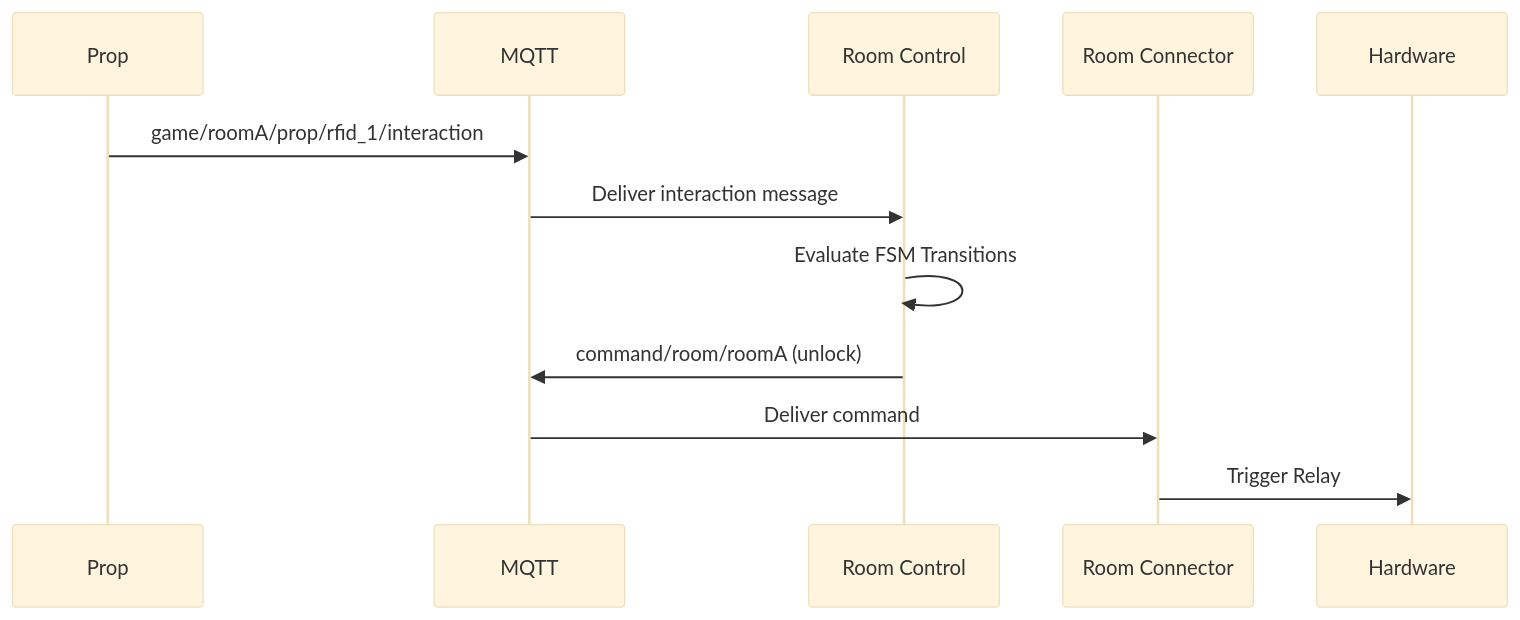
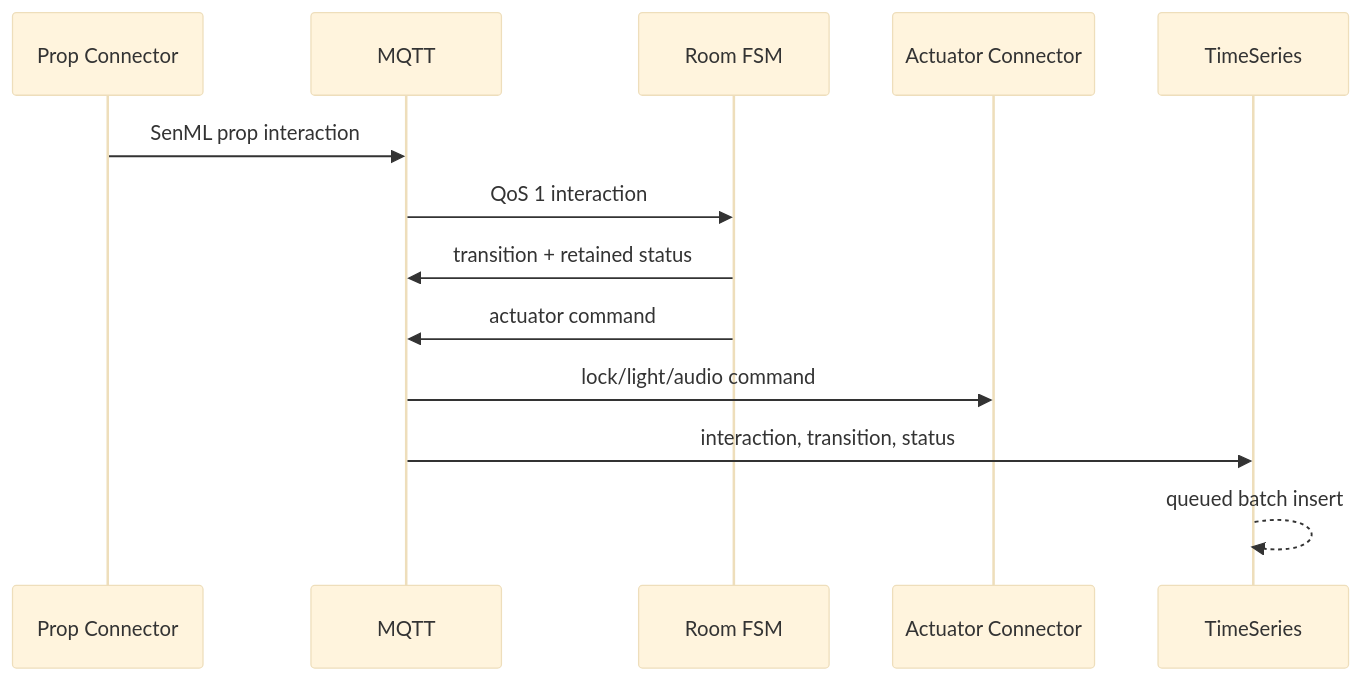
Before and after one commit to pollud/IOT_Project: the first of 3 diagrams in docs/sequence_diagrams.md, drawn with Mermaid (base theme). The commit also changed other lines of this file and 110 other files, not shown here.

````diff
--- a/docs/sequence_diagrams.md
+++ b/docs/sequence_diagrams.md
@@ -4,9 +5,15 @@
 ```mermaid
 sequenceDiagram
-    Prop->>MQTT: game/roomA/prop/rfid_1/interaction
-    MQTT->>Room Control: Deliver interaction message
-    Room Control->>Room Control: Evaluate FSM Transitions
-    Room Control->>MQTT: command/room/roomA (unlock)
-    MQTT->>Room Connector: Deliver command
-    Room Connector->>Hardware: Trigger Relay
+    participant P as Prop Connector
+    participant M as MQTT
+    participant F as Room FSM
+    participant A as Actuator Connector
+    participant T as TimeSeries
+    P->>M: SenML prop interaction
+    M->>F: QoS 1 interaction
+    F->>M: transition + retained status
+    F->>M: actuator command
+    M->>A: lock/light/audio command
+    M->>T: interaction, transition, status
+    T-->>T: queued batch insert
 ```
````
